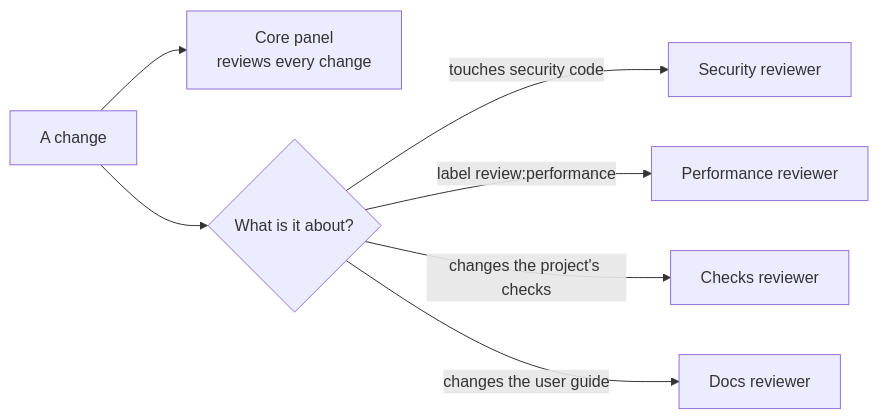
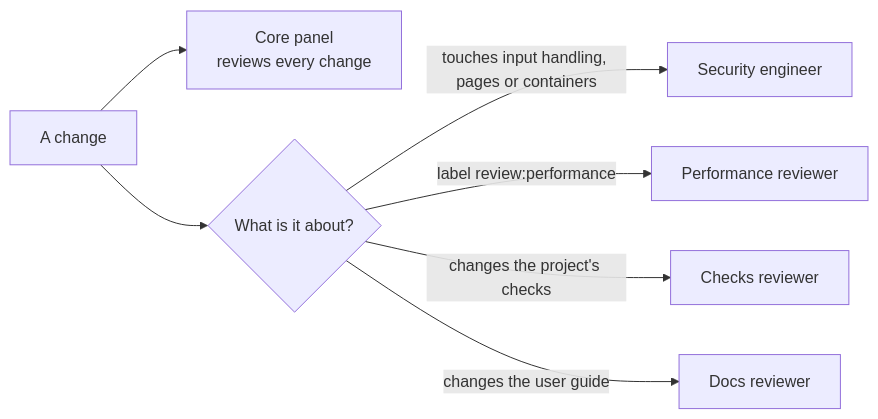
The third of 6 diagrams in docs/guide/how-intakt-works.md (shinyredapples/intakt), drawn with Mermaid before and after one commit. The commit also changed other lines of this file and 7 other files, not shown here.

Commit message:
docs(design): add the Security engineer role across infrastructure, backend and frontend

````diff
--- a/docs/guide/how-intakt-works.md
+++ b/docs/guide/how-intakt-works.md
@@ -66,9 +66,9 @@
 ```mermaid
 flowchart LR
   pr[A change] --> core[Core panel<br/>reviews every change]
   pr --> rules{What is it about?}
-  rules -- "touches security code" --> sec[Security reviewer]
+  rules -- "touches input handling, pages or containers" --> sec[Security engineer]
   rules -- "label review:performance" --> perf[Performance reviewer]
   rules -- "changes the project's checks" --> gates[Checks reviewer]
   rules -- "changes the user guide" --> docs[Docs reviewer]
 ```
````
